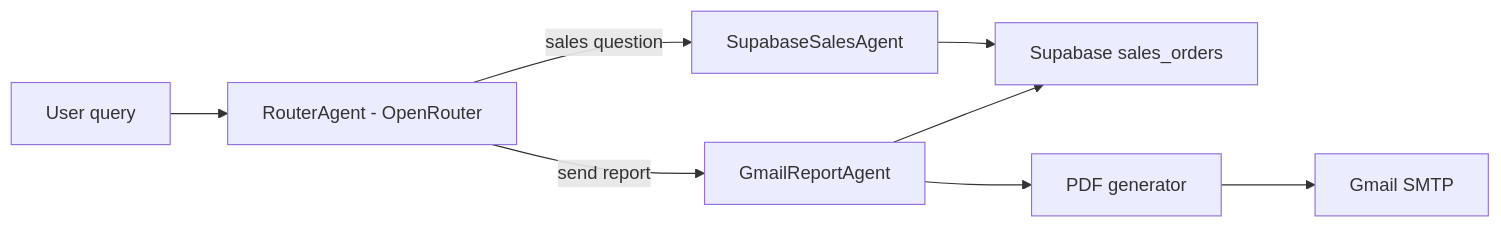
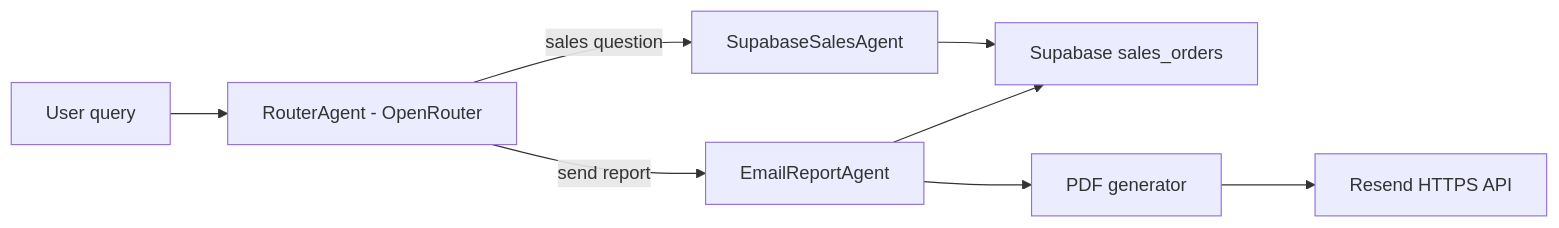
Before and after one commit to sumitmathursitm-ai/Multi_Agent: the diagram in README.md, drawn with Mermaid. The commit also changed other lines of this file and 5 other files, not shown here.

````diff
--- a/README.md
+++ b/README.md
@@ -17,10 +17,10 @@
 ```mermaid
 flowchart LR
   U["User query"] --> R["RouterAgent - OpenRouter"]
   R -->|sales question| S["SupabaseSalesAgent"]
-  R -->|send report| G["GmailReportAgent"]
+  R -->|send report| G["EmailReportAgent"]
   S --> DB["Supabase sales_orders"]
   G --> DB
   G --> P["PDF generator"]
-  P --> M["Gmail SMTP"]
+  P --> M["Resend HTTPS API"]
 ```
````
